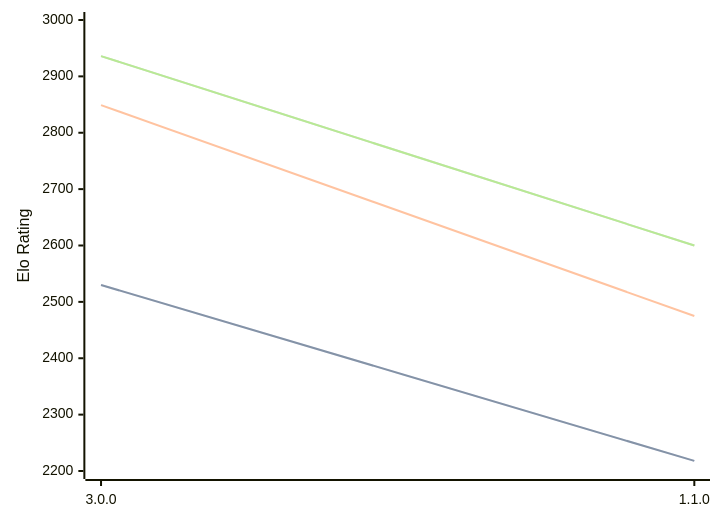
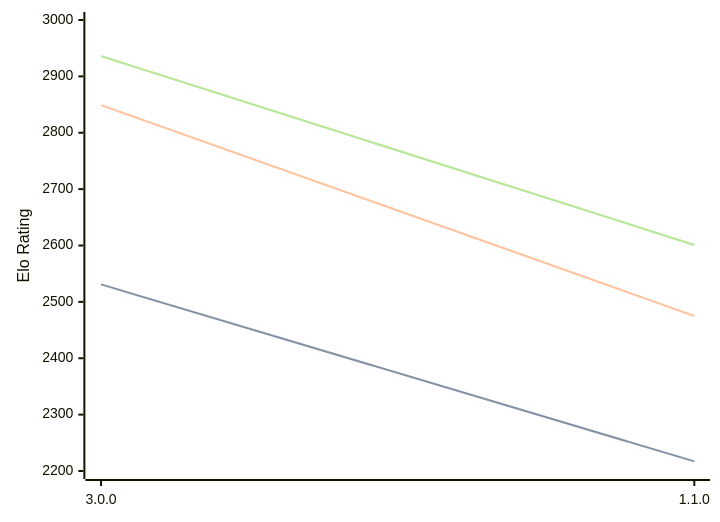
The third of 3 diagrams in engines/Potential.md (computer-chess-index/cci), drawn with Mermaid before and after one commit. The commit also changed other lines of this file, not shown here.

Commit message:
Update CCI Ratings (ELO VLTC) - 2026-07-14

````diff
--- a/engines/Potential.md
+++ b/engines/Potential.md
@@ -67,11 +67,11 @@
 ```mermaid
 %%{init: {"theme":"base","themeVariables":{"seriesColors:['#a3a3a3','#222221','#faa371']}}}%%
 xychart-beta
   x-axis ["3.0.0", "1.1.0"]
   y-axis "Elo Rating" 2200 --> 3000
-  line "STC (8.0+0.08s)" [2530, 2218]
-  line "STC (8.0+0.08s)" [2530, 2218]
+  line "STC (8.0+0.08s)" [2531, 2217]
+  line "STC (8.0+0.08s)" [2531, 2217]
   line "LTC (60.0+0.60s)" [2849, 2475]
-  line "VLTC (2m24s+1.12s)" [2936, 2600]
-  line "VLTC (2m24s+1.12s)" [2936, 2600]
+  line "VLTC (2m24s+1.12s)" [2936, 2601]
+  line "VLTC (2m24s+1.12s)" [2936, 2601]
 ```
````
